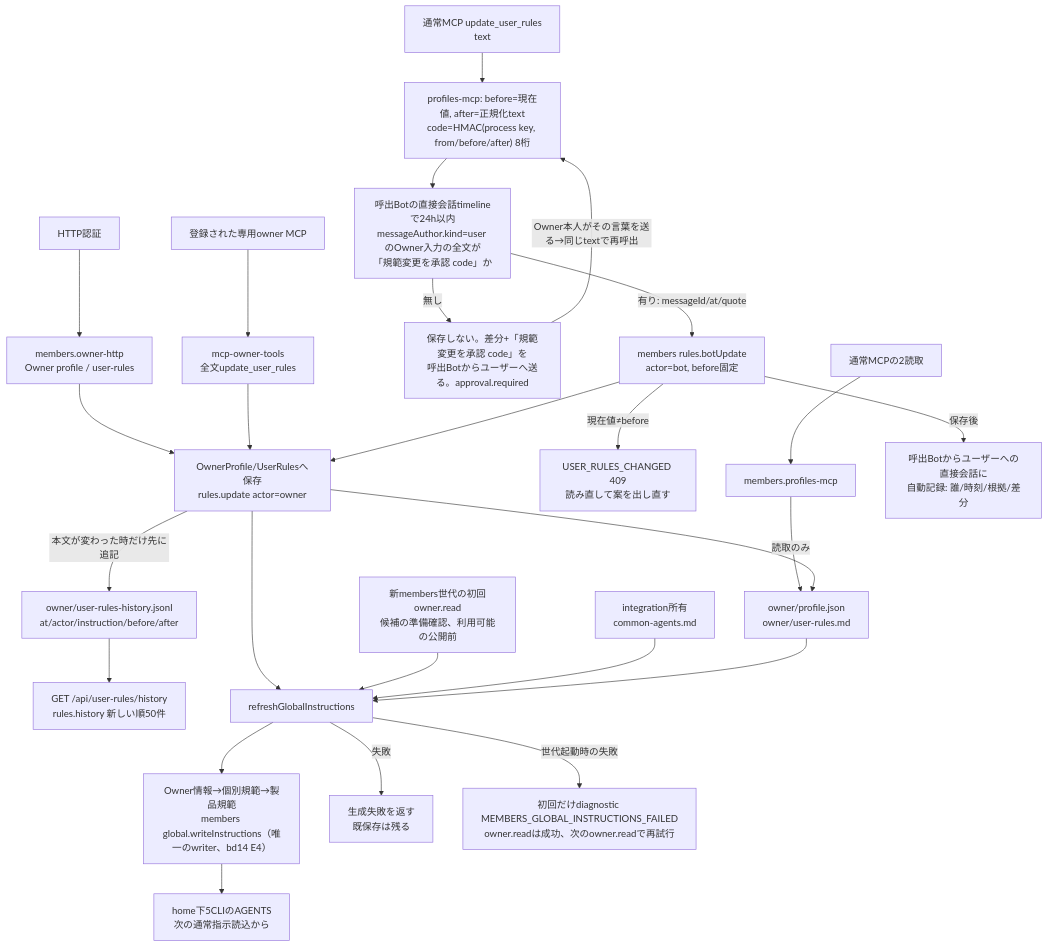
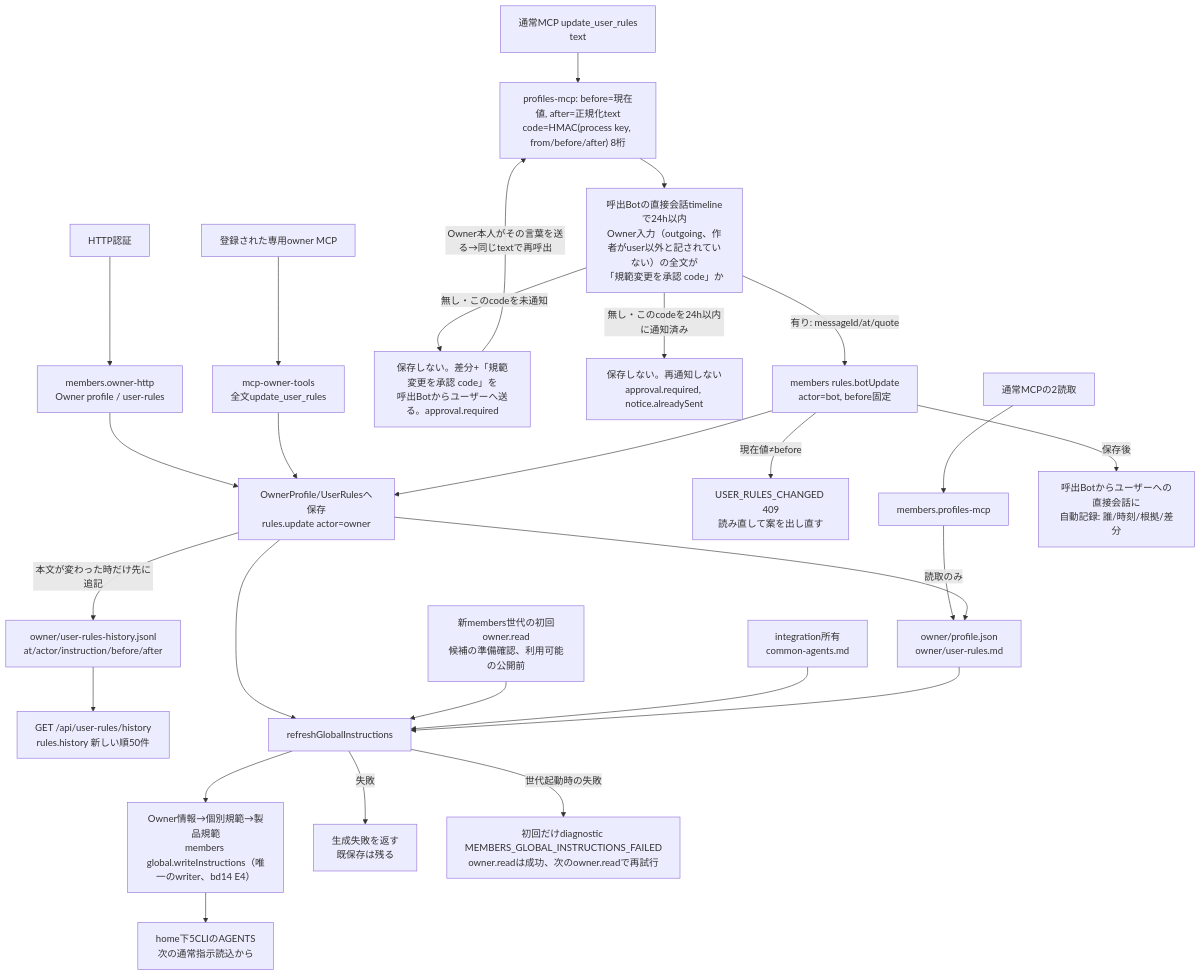
The first of 3 diagrams in docs/architecture/modules/members/instructions.md (kitepon/BellTeam), drawn with Mermaid before and after one commit. The commit also changed other lines of this file and 3 other files, not shown here.

First line of the commit message:
members: user-rules approval works without conversation #877, and an unchanged retry does not re-notify

````diff
--- a/docs/architecture/modules/members/instructions.md
+++ b/docs/architecture/modules/members/instructions.md
@@ -5,28 +5,29 @@
 ```mermaid
 flowchart TD
   Http["HTTP認証"] --> Owner["members.owner-http<br/>Owner profile / user-rules"]
   Read["通常MCPの2読取"] --> Member["members.profiles-mcp"]
   BotWrite["通常MCP update_user_rules<br/>text"] --> Code["profiles-mcp: before=現在値, after=正規化text<br/>code=HMAC(process key, from/before/after) 8桁"]
-  Code --> Proof["呼出Botの直接会話timelineで24h以内<br/>messageAuthor.kind=user のOwner入力の全文が<br/>「規範変更を承認 code」か"]
-  Proof -->|"無し"| Proposal["保存しない。差分+「規範変更を承認 code」を<br/>呼出Botからユーザーへ送る。approval.required"]
+  Code --> Proof["呼出Botの直接会話timelineで24h以内<br/>Owner入力（outgoing、作者がuser以外と記されていない）の全文が<br/>「規範変更を承認 code」か"]
+  Proof -->|"無し・このcodeを未通知"| Proposal["保存しない。差分+「規範変更を承認 code」を<br/>呼出Botからユーザーへ送る。approval.required"]
+  Proof -->|"無し・このcodeを24h以内に通知済み"| Pending["保存しない。再通知しない<br/>approval.required, notice.alreadySent"]
   Proposal -->|"Owner本人がその言葉を送る→同じtextで再呼出"| Code
   Proof -->|"有り: messageId/at/quote"| BotSave["members rules.botUpdate<br/>actor=bot, before固定"]
   BotSave -->|"現在値≠before"| Changed["USER_RULES_CHANGED 409<br/>読み直して案を出し直す"]
   Dedicated["登録された専用owner MCP"] --> Rules["mcp-owner-tools<br/>全文update_user_rules"]
   Owner --> Save["OwnerProfile/UserRulesへ保存<br/>rules.update actor=owner"]
   Rules --> Save
   BotSave --> Save
   Member -->|"読取のみ"| Data["owner/profile.json<br/>owner/user-rules.md"]
   Save -->|"本文が変わった時だけ先に追記"| History["owner/user-rules-history.jsonl<br/>at/actor/instruction/before/after"]
   Save --> Data
   History --> HistoryApi["GET /api/user-rules/history<br/>rules.history 新しい順50件"]
   BotSave -->|"保存後"| Notice["呼出Botからユーザーへの直接会話に<br/>自動記録: 誰/時刻/根拠/差分"]
   Save --> Refresh["refreshGlobalInstructions"]
   Generation["新members世代の初回owner.read<br/>候補の準備確認、利用可能の公開前"] --> Refresh
   Common["integration所有<br/>common-agents.md"] --> Refresh
   Data --> Refresh
   Refresh --> Write["Owner情報→個別規範→製品規範<br/>members global.writeInstructions（唯一のwriter、bd14 E4）"]
   Write --> Globals["home下5CLIのAGENTS<br/>次の通常指示読込から"]
   Refresh -->|"失敗"| Failure["生成失敗を返す<br/>既保存は残る"]
   Refresh -->|"世代起動時の失敗"| Diagnostic["初回だけdiagnostic MEMBERS_GLOBAL_INSTRUCTIONS_FAILED<br/>owner.readは成功、次のowner.readで再試行"]
 ```
````
